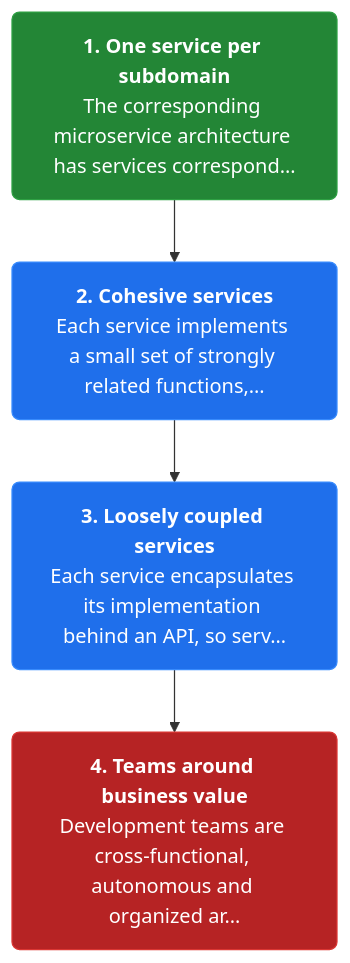
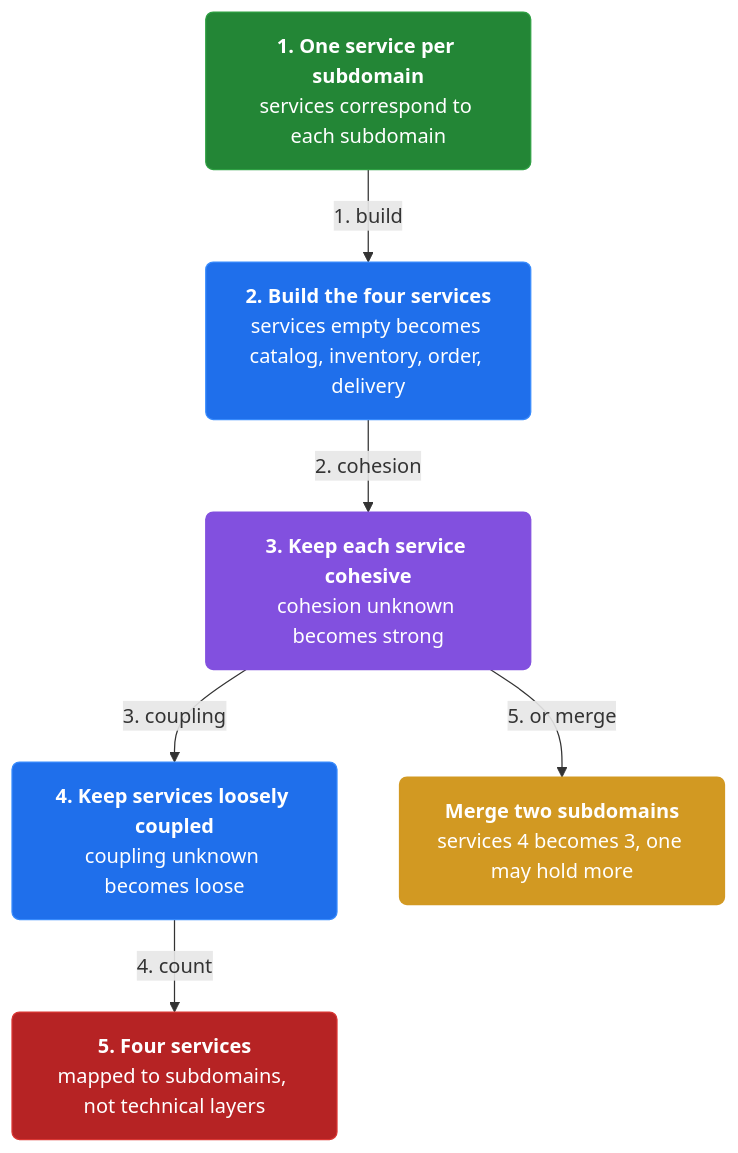
The third of 4 diagrams in docs/ch04-decompose-by-subdomain.md (vinayakuber/microservices-io-study-guide), drawn with Mermaid before and after one commit. The commit also changed other lines of this file and 46 other files, not shown here.

First line of the commit message:
Author rich branching flow diagrams for all 44 chapters

````diff
--- a/docs/ch04-decompose-by-subdomain.md
+++ b/docs/ch04-decompose-by-subdomain.md
@@ -94,13 +106,19 @@
 ```mermaid
 flowchart TD
-  classDef step fill:#1f6feb,color:#ffffff,stroke:#388bfd,stroke-width:1px,rx:6
+  classDef step fill:#1f6feb,color:#ffffff,stroke:#388bfd,rx:6
+  classDef core fill:#8250df,color:#ffffff,stroke:#8250df,rx:6
+  classDef warn fill:#d29922,color:#ffffff,stroke:#d29922,rx:6
   classDef start fill:#238636,color:#ffffff,stroke:#2ea043,rx:6
   classDef stop fill:#b62324,color:#ffffff,stroke:#da3633,rx:6
-  s2n0["<b>1. One service per subdomain</b><br/>The corresponding microservice architecture has services correspond…"]:::start
-  s2n1["<b>2. Cohesive services</b><br/>Each service implements a small set of strongly related functions,…"]:::step
-  s2n2["<b>3. Loosely coupled services</b><br/>Each service encapsulates its implementation behind an API, so serv…"]:::step
-  s2n3["<b>4. Teams around business value</b><br/>Development teams are cross-functional, autonomous and organized ar…"]:::stop
-  s2n0 --> s2n1
-  s2n1 --> s2n2
-  s2n2 --> s2n3
+  n0["<b>1. One service per subdomain</b><br/>services correspond to each subdomain"]:::start
+  n1["<b>2. Build the four services</b><br/>services empty becomes catalog, inventory, order, delivery"]:::step
+  n2["<b>3. Keep each service cohesive</b><br/>cohesion unknown becomes strong"]:::core
+  n3["<b>4. Keep services loosely coupled</b><br/>coupling unknown becomes loose"]:::step
+  n4["<b>5. Four services</b><br/>mapped to subdomains, not technical layers"]:::stop
+  n5["<b>Merge two subdomains</b><br/>services 4 becomes 3, one may hold more"]:::warn
+  n0 -->|"1. build"| n1
+  n1 -->|"2. cohesion"| n2
+  n2 -->|"3. coupling"| n3
+  n3 -->|"4. count"| n4
+  n2 -->|"5. or merge"| n5
 ```
````
